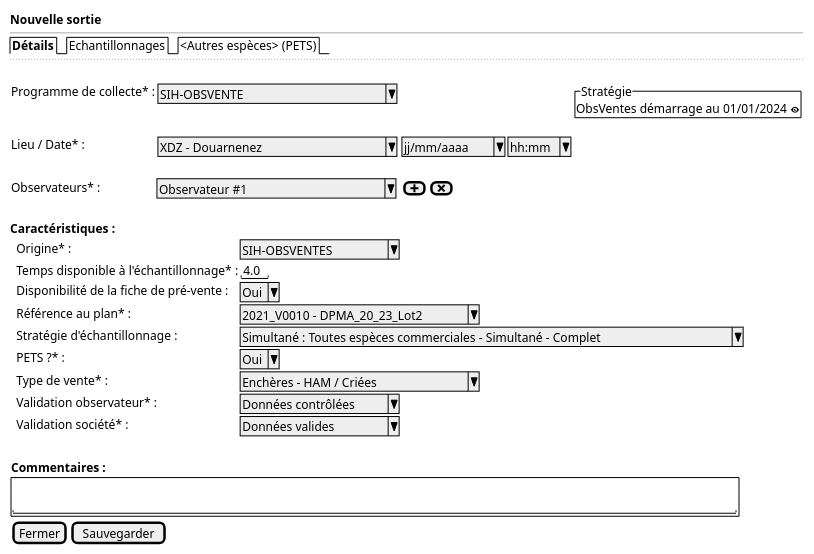
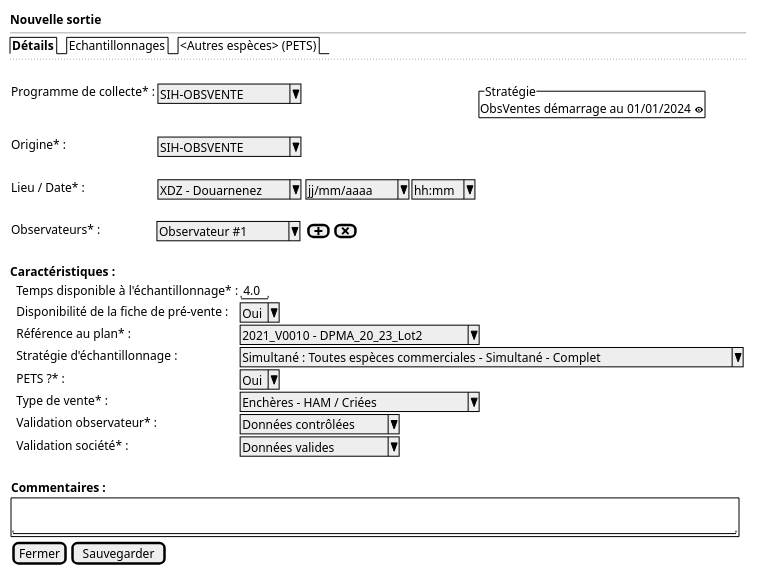
The diagram in projects/obsvente/spe/images/observed-location-new.puml (sumaris-net/sumaris-doc), drawn with PlantUML before and after one commit. The commit also changed 7 other files, not shown here.

```diff
--- a/projects/obsvente/spe/images/observed-location-new.puml
+++ b/projects/obsvente/spe/images/observed-location-new.puml
@@ -1,46 +1,47 @@
 @startsalt
 {
   <b>Nouvelle sortie
   --
   {/ <b>Détails | Echantillonnages | <Autres espèces> (PETS)}
   ..
   .
   {
 
-      Programme de collecte* :    | { ^SIH-OBSVENTE                ^ } | * | {^"Stratégie"
+      Programme de collecte* :    | { ^SIH-OBSVENTE    ^ } | * | {^"Stratégie"
                                                                                               ObsVentes démarrage au 01/01/2024 <&eye> }
-      Lieu / Date* :     | { ^XDZ - Douarnenez            ^ } | { ^ jj/mm/aaaa^  |  ^ hh:mm^ }
+      Origine* :    | { ^SIH-OBSVENTE    ^ }
       .
-      Observateurs* :            | ^ Observateur #1             ^ | { [<&plus>] | [<&x>] }
+      Lieu / Date* :     | { ^XDZ - Douarnenez^ } | { ^ jj/mm/aaaa^  |  ^ hh:mm^ }
+      .
+      Observateurs* :            | ^ Observateur #1 ^ | { [<&plus>] | [<&x>] }
       .
 
 
   }
 
   <b>Caractéristiques :
 
   {
-      . | Origine* : | ^SIH-OBSVENTES     ^
       . | Temps disponible à l'échantillonnage* :| "4.0"
       . | Disponibilité de la fiche de pré-vente :| ^Oui^
       . | Référence au plan* : | ^2021_V0010 - DPMA_20_23_Lot2^
       . | Stratégie d'échantillonnage : | ^Simultané : Toutes espèces commerciales - Simultané - Complet^
       . | PETS ?* : | ^Oui^
       . | Type de vente* : | ^Enchères - HAM / Criées     ^
       . | Validation observateur* : | ^Données contrôlées^
       . | Validation société* : | ^Données valides   ^
       . | .
   }
 
 
   {
      <b>Commentaires :
 
      {+ .
         "                                                                                          "
      }
   }
 
   { [Fermer] | [Sauvegarder] }
 }
 @endsalt
```
